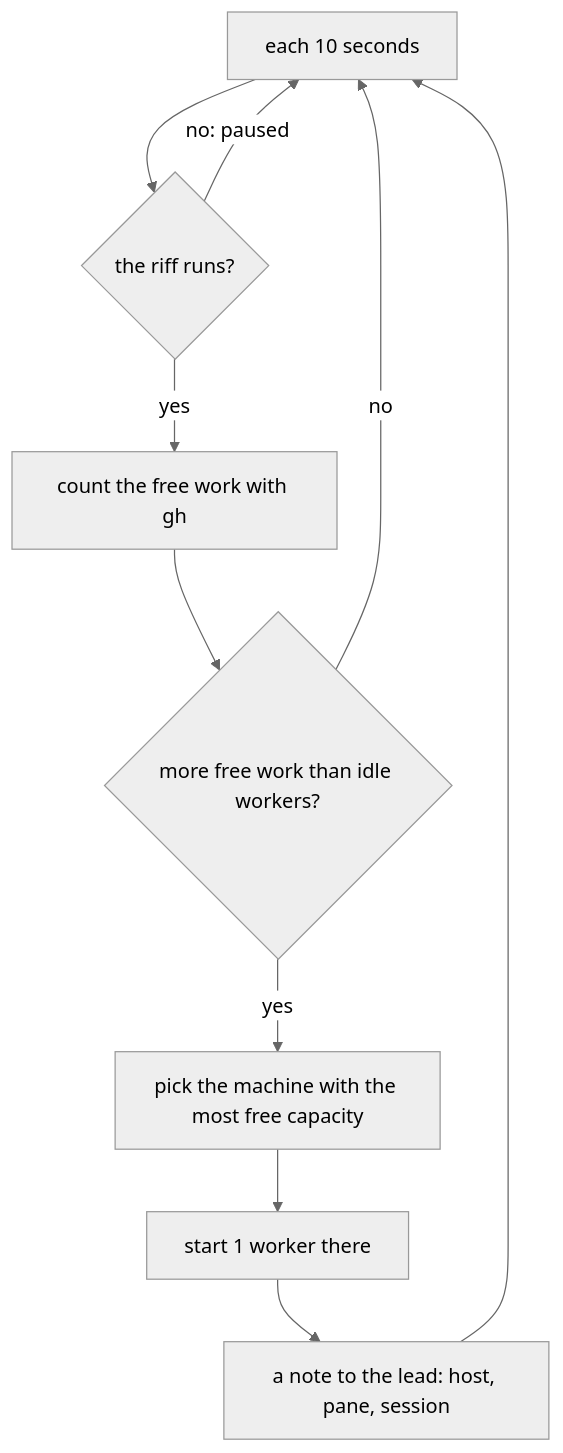
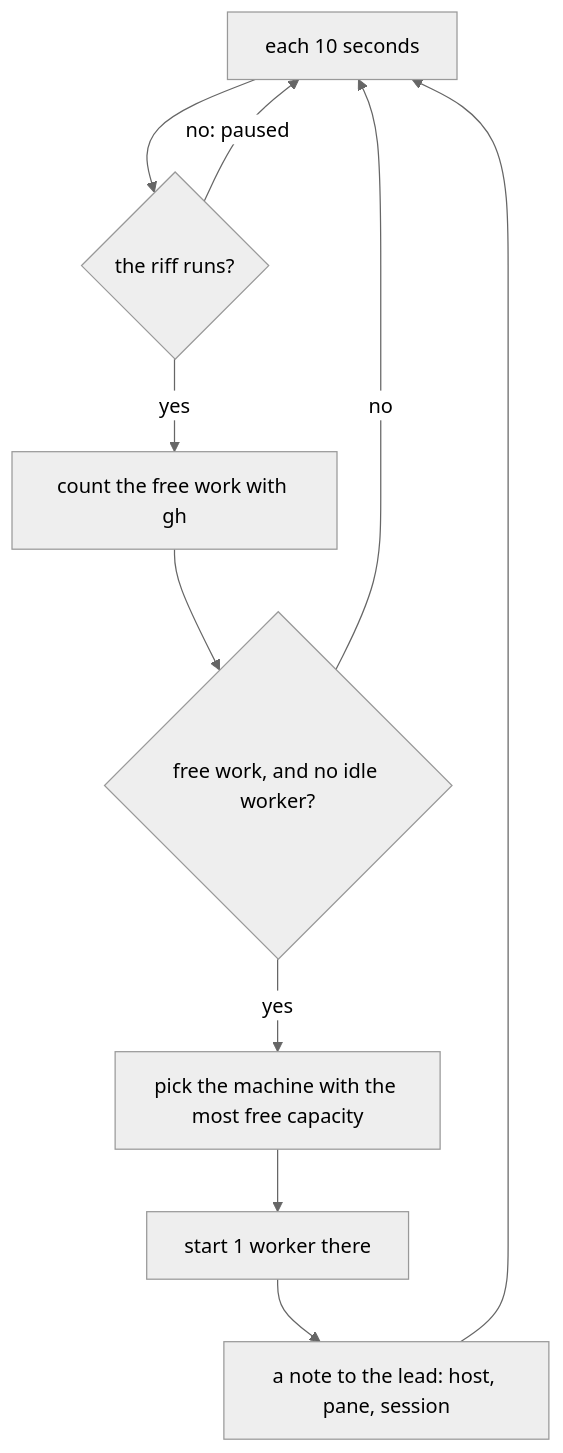
Before and after one commit to como-technologies/riff: diagram 32 of 37 in docs/src/how-it-works.md, drawn with Mermaid (neutral theme). The commit also changed other lines of this file and 5 other files, not shown here.

First line of the commit message:
The rollout starts a worker only when no worker is idle

````diff
--- a/docs/src/how-it-works.md
+++ b/docs/src/how-it-works.md
@@ -2087,12 +2087,12 @@
 ```mermaid
 flowchart TD
     T["each 10 seconds"] --> R{"the riff runs?"}
     R -- "no: paused" --> T
     R -- yes --> W["count the free work with gh"]
-    W --> I{"more free work than idle workers?"}
+    W --> I{"free work, and no idle worker?"}
     I -- no --> T
     I -- yes --> P["pick the machine with the most free capacity"]
     P --> S["start 1 worker there"]
     S --> N["a note to the lead: host, pane, session"]
     N --> T
 ```
````
